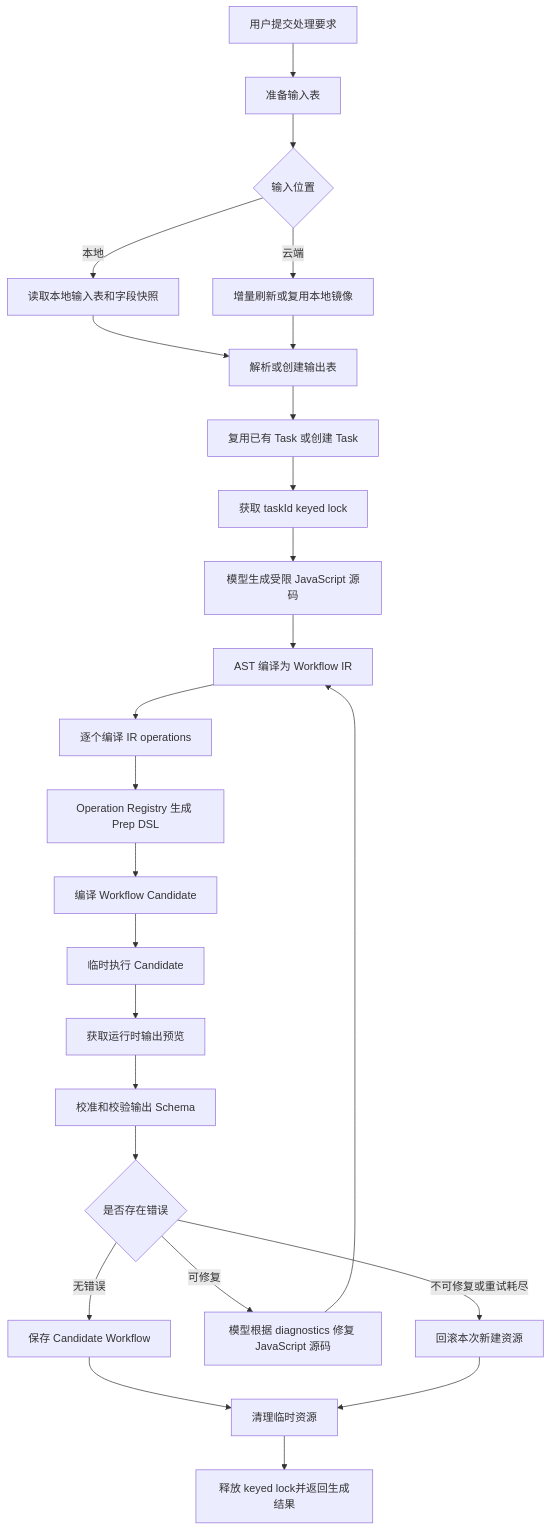
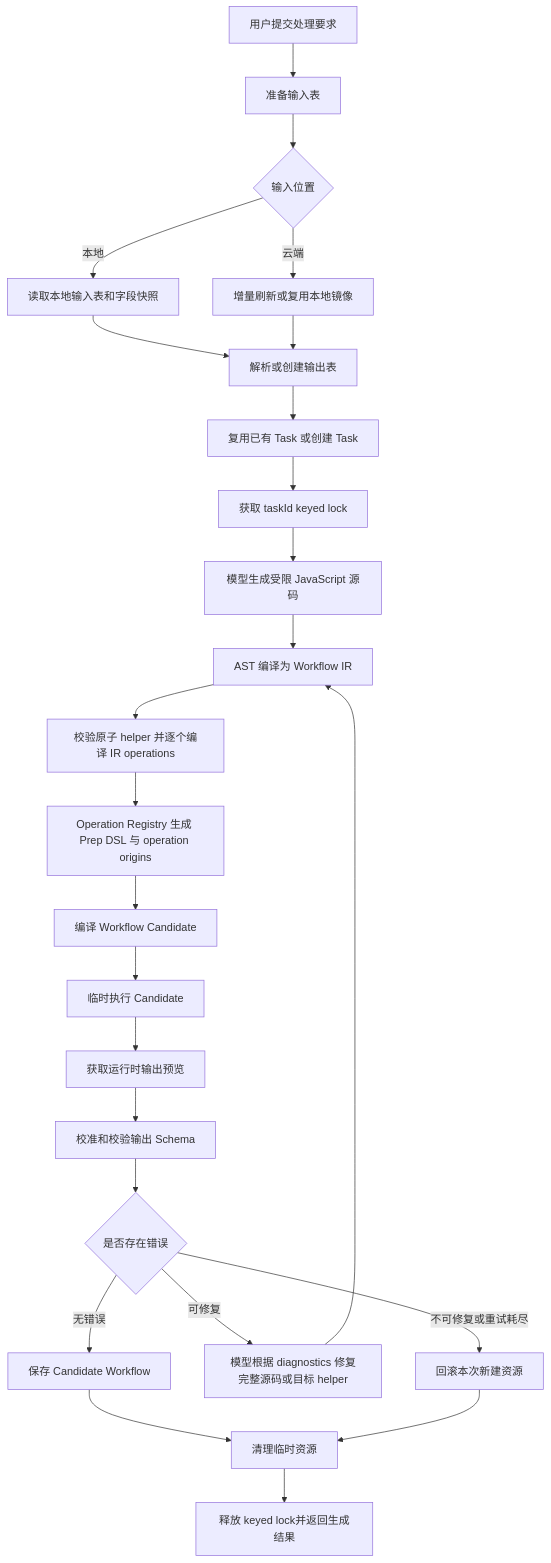
The second of 3 diagrams in design/automation/data-processing-automation-rp.md (tyro668/sophron-cowork-desktop), drawn with Mermaid before and after one commit. The commit also changed other lines of this file and 8 other files, not shown here.

````diff
--- a/design/automation/data-processing-automation-rp.md
+++ b/design/automation/data-processing-automation-rp.md
@@ -74,27 +76,27 @@
 ```mermaid
 flowchart TD
     A[用户提交处理要求] --> B[准备输入表]
     B --> C{输入位置}
     C -->|本地| D[读取本地输入表和字段快照]
     C -->|云端| E[增量刷新或复用本地镜像]
     D --> F[解析或创建输出表]
     E --> F
     F --> G[复用已有 Task 或创建 Task]
     G --> H[获取 taskId keyed lock]
     H --> I[模型生成受限 JavaScript 源码]
     I --> J[AST 编译为 Workflow IR]
-    J --> K[逐个编译 IR operations]
-    K --> L[Operation Registry 生成 Prep DSL]
+    J --> K[校验原子 helper 并逐个编译 IR operations]
+    K --> L[Operation Registry 生成 Prep DSL 与 operation origins]
     L --> M[编译 Workflow Candidate]
     M --> N[临时执行 Candidate]
     N --> O[获取运行时输出预览]
     O --> P[校准和校验输出 Schema]
     P --> Q{是否存在错误}
     Q -->|无错误| R[保存 Candidate Workflow]
     R --> S[清理临时资源]
     S --> T[释放 keyed lock并返回生成结果]
-    Q -->|可修复| U[模型根据 diagnostics 修复 JavaScript 源码]
+    Q -->|可修复| U[模型根据 diagnostics 修复完整源码或目标 helper]
     U --> J
     Q -->|不可修复或重试耗尽| V[回滚本次新建资源]
     V --> S
 ```
````
